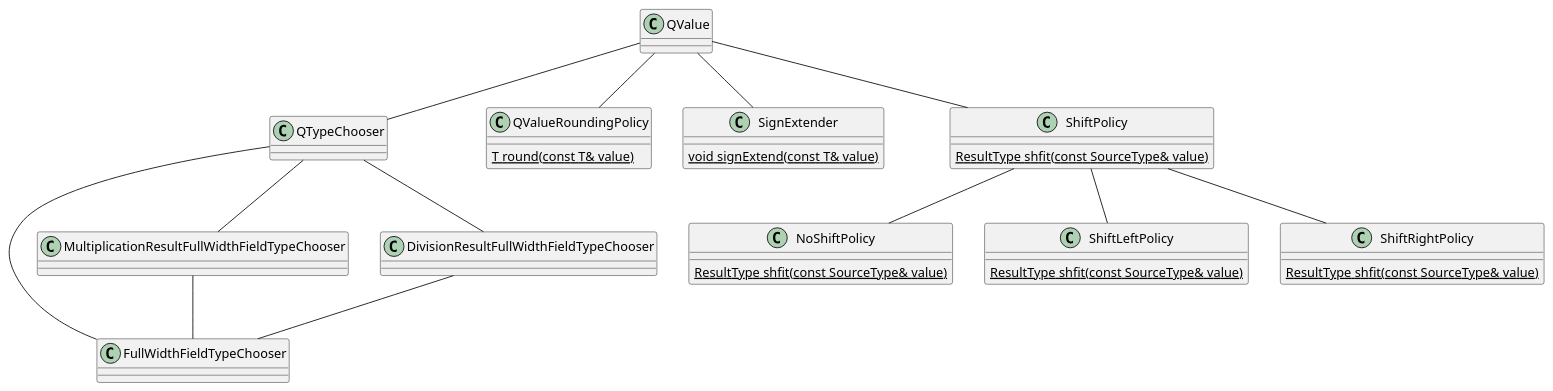
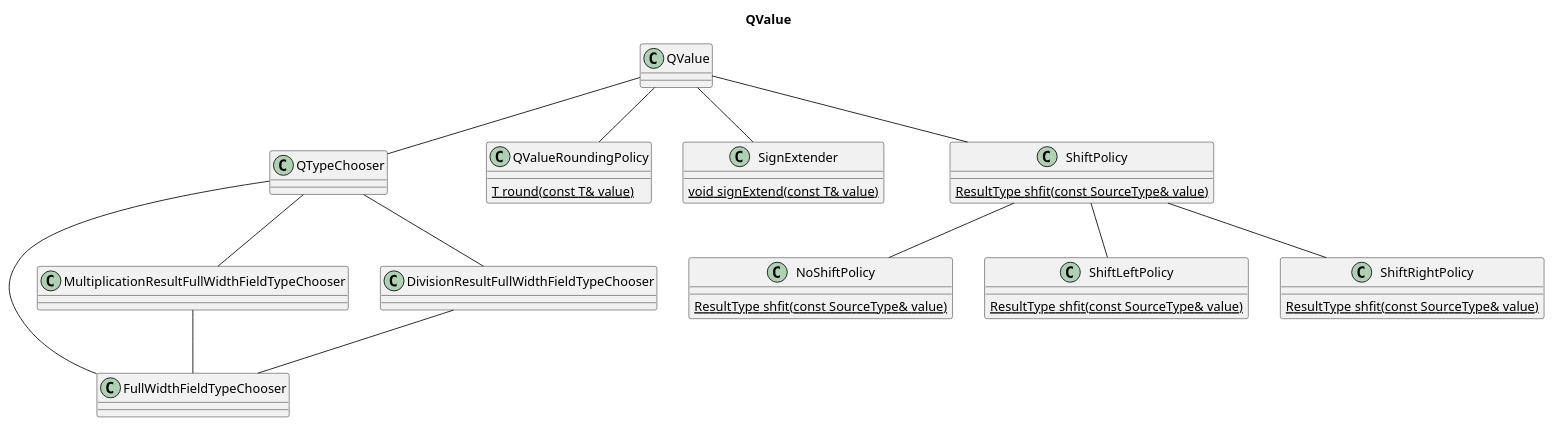
Before and after one commit to intel/cppnnml: the diagram in uml/qformat/qformat_class.puml, drawn with PlantUML. The commit also changed 1 other file, not shown here.

```diff
--- a/uml/qformat/qformat_class.puml
+++ b/uml/qformat/qformat_class.puml
@@ -23,55 +23,57 @@
 @startuml qformat_class
+
+title QValue
 
 class QTypeChooser {
 }
 
 class FullWidthFieldTypeChooser {
 }
 
 class MultiplicationResultFullWidthFieldTypeChooser {
 }
 
 class DivisionResultFullWidthFieldTypeChooser {
 }
 
 class QValueRoundingPolicy {
 {static} T round(const T& value) 
 }
 
 class SignExtender {
 {static} void signExtend(const T& value) 
 }
 
 class ShiftPolicy {
 {static} ResultType shfit(const SourceType& value) 
 }
 
 class NoShiftPolicy {
 {static} ResultType shfit(const SourceType& value) 
 }
 
 class ShiftLeftPolicy {
 {static} ResultType shfit(const SourceType& value) 
 }
 
 class ShiftRightPolicy {
 {static} ResultType shfit(const SourceType& value) 
 }
 
 class QValue {
 }
 
 QValue -- QTypeChooser
 QTypeChooser -- FullWidthFieldTypeChooser
 QTypeChooser -- MultiplicationResultFullWidthFieldTypeChooser
 QTypeChooser -- DivisionResultFullWidthFieldTypeChooser
 MultiplicationResultFullWidthFieldTypeChooser -- FullWidthFieldTypeChooser
 DivisionResultFullWidthFieldTypeChooser -- FullWidthFieldTypeChooser
 QValue -- QValueRoundingPolicy
 QValue -- SignExtender
 QValue -- ShiftPolicy
 ShiftPolicy -- NoShiftPolicy
 ShiftPolicy -- ShiftLeftPolicy
 ShiftPolicy -- ShiftRightPolicy
 
 @enduml
```
